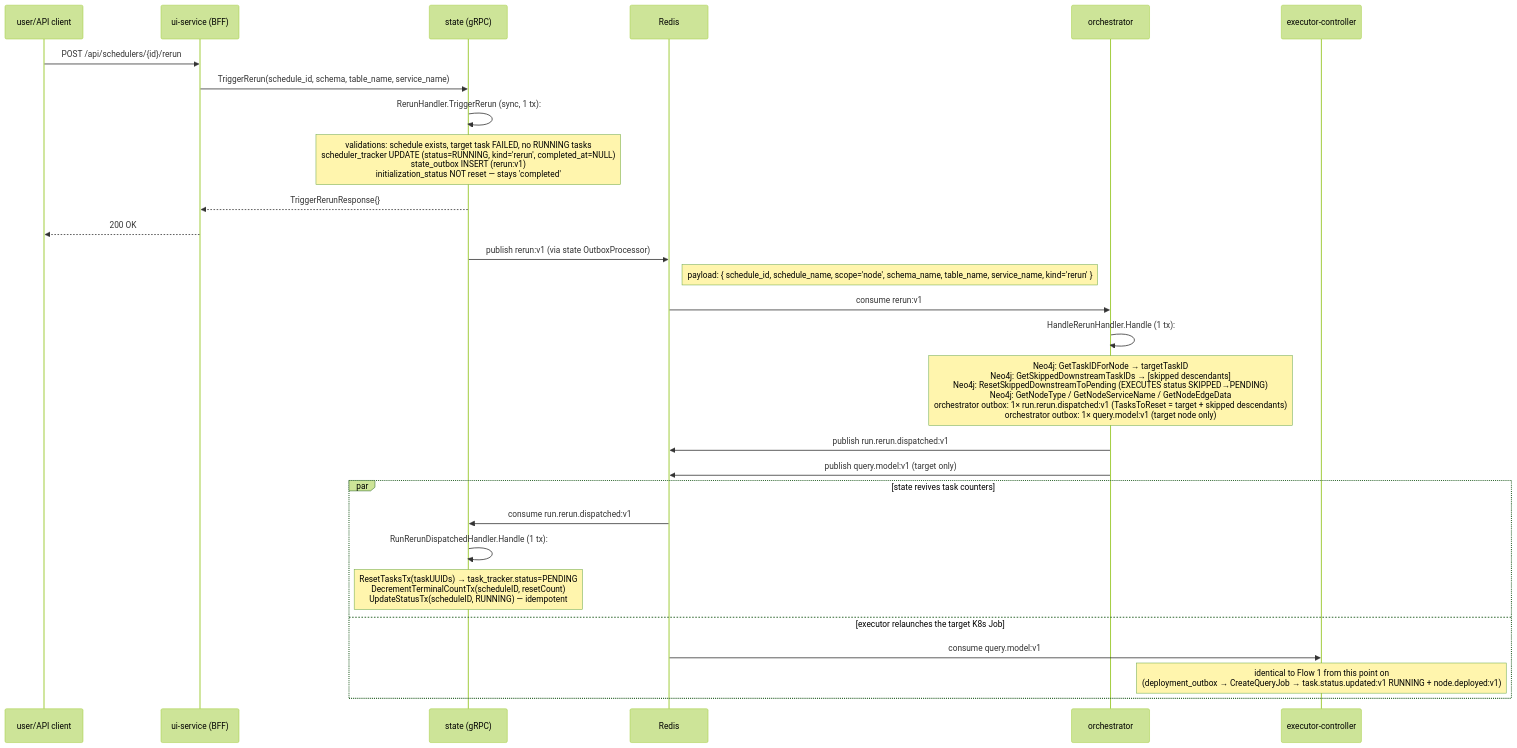
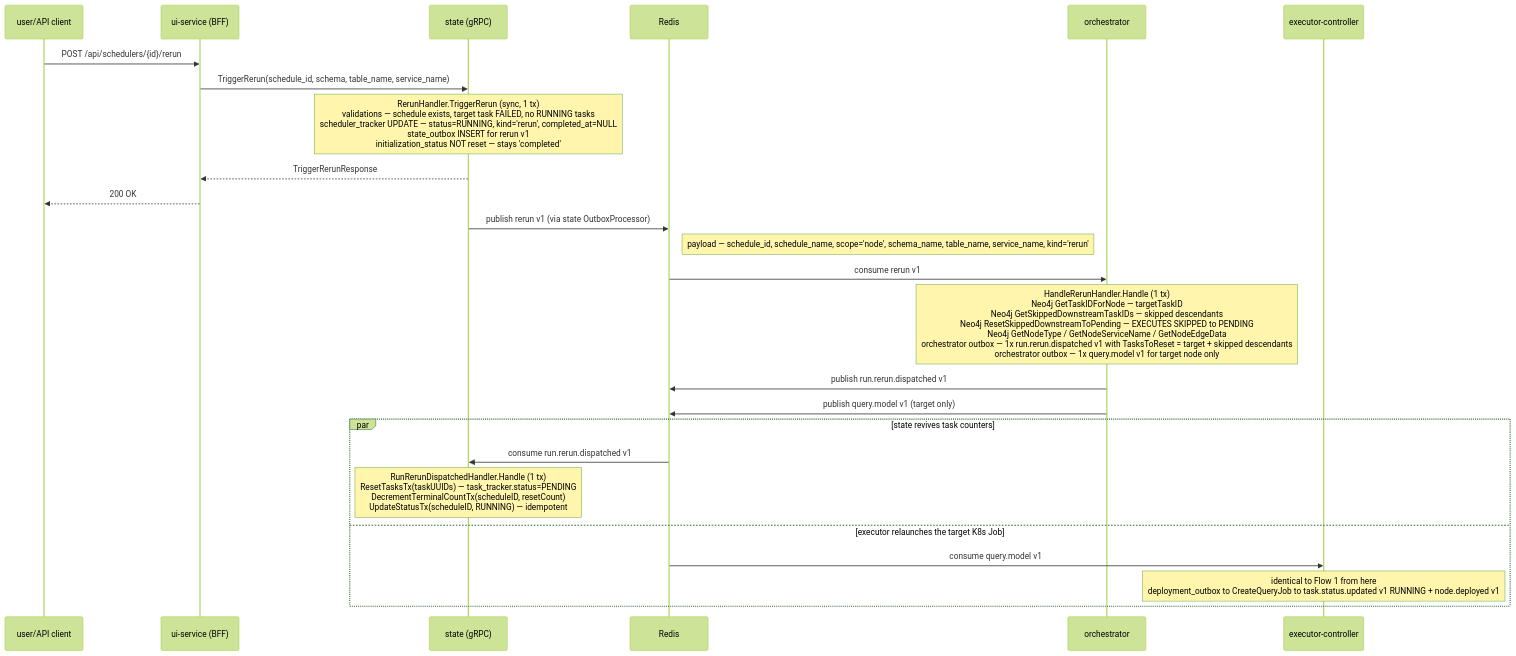
The fourth of 8 diagrams in docs/arch/03-sequence-flows.md (carolsimone/continuo), drawn with Mermaid (forest theme) before and after one commit. The commit also changed other lines of this file, not shown here.

````diff
--- a/docs/arch/03-sequence-flows.md
+++ b/docs/arch/03-sequence-flows.md
@@ -124,33 +122,30 @@
 ```mermaid
 sequenceDiagram
   participant U as user/API client
   participant UI as ui-service (BFF)
   participant ST as state (gRPC)
   participant R as Redis
   participant OR as orchestrator
   participant EC as executor-controller
 
   U->>UI: POST /api/schedulers/{id}/rerun
   UI->>ST: TriggerRerun(schedule_id, schema, table_name, service_name)
-  ST->>ST: RerunHandler.TriggerRerun (sync, 1 tx):
-  Note over ST: validations: schedule exists, target task FAILED, no RUNNING tasks<br/>scheduler_tracker UPDATE (status=RUNNING, kind='rerun', completed_at=NULL)<br/>state_outbox INSERT (rerun:v1)<br/>initialization_status NOT reset — stays 'completed'
-  ST-->>UI: TriggerRerunResponse{}
+  Note over ST: RerunHandler.TriggerRerun (sync, 1 tx)<br/>validations — schedule exists, target task FAILED, no RUNNING tasks<br/>scheduler_tracker UPDATE — status=RUNNING, kind='rerun', completed_at=NULL<br/>state_outbox INSERT for rerun v1<br/>initialization_status NOT reset — stays 'completed'
+  ST-->>UI: TriggerRerunResponse
   UI-->>U: 200 OK
-  ST->>R: publish rerun:v1 (via state OutboxProcessor)
-  note right of R: payload: { schedule_id, schedule_name, scope='node', schema_name, table_name, service_name, kind='rerun' }
+  ST->>R: publish rerun v1 (via state OutboxProcessor)
+  Note right of R: payload — schedule_id, schedule_name, scope='node', schema_name, table_name, service_name, kind='rerun'
 
-  R->>OR: consume rerun:v1
-  OR->>OR: HandleRerunHandler.Handle (1 tx):
-  Note over OR: Neo4j: GetTaskIDForNode → targetTaskID<br/>Neo4j: GetSkippedDownstreamTaskIDs → [skipped descendants]<br/>Neo4j: ResetSkippedDownstreamToPending (EXECUTES status SKIPPED→PENDING)<br/>Neo4j: GetNodeType / GetNodeServiceName / GetNodeEdgeData<br/>orchestrator outbox: 1× run.rerun.dispatched:v1 (TasksToReset = target + skipped descendants)<br/>orchestrator outbox: 1× query.model:v1 (target node only)
-  OR->>R: publish run.rerun.dispatched:v1
-  OR->>R: publish query.model:v1 (target only)
+  R->>OR: consume rerun v1
+  Note over OR: HandleRerunHandler.Handle (1 tx)<br/>Neo4j GetTaskIDForNode — targetTaskID<br/>Neo4j GetSkippedDownstreamTaskIDs — skipped descendants<br/>Neo4j ResetSkippedDownstreamToPending — EXECUTES SKIPPED to PENDING<br/>Neo4j GetNodeType / GetNodeServiceName / GetNodeEdgeData<br/>orchestrator outbox — 1x run.rerun.dispatched v1 with TasksToReset = target + skipped descendants<br/>orchestrator outbox — 1x query.model v1 for target node only
+  OR->>R: publish run.rerun.dispatched v1
+  OR->>R: publish query.model v1 (target only)
 
   par state revives task counters
-    R->>ST: consume run.rerun.dispatched:v1
-    ST->>ST: RunRerunDispatchedHandler.Handle (1 tx):
-    Note over ST: ResetTasksTx(taskUUIDs) → task_tracker.status=PENDING<br/>DecrementTerminalCountTx(scheduleID, resetCount)<br/>UpdateStatusTx(scheduleID, RUNNING) — idempotent
+    R->>ST: consume run.rerun.dispatched v1
+    Note over ST: RunRerunDispatchedHandler.Handle (1 tx)<br/>ResetTasksTx(taskUUIDs) — task_tracker.status=PENDING<br/>DecrementTerminalCountTx(scheduleID, resetCount)<br/>UpdateStatusTx(scheduleID, RUNNING) — idempotent
   and executor relaunches the target K8s Job
-    R->>EC: consume query.model:v1
-    Note over EC: identical to Flow 1 from this point on<br/>(deployment_outbox → CreateQueryJob → task.status.updated:v1 RUNNING + node.deployed:v1)
+    R->>EC: consume query.model v1
+    Note over EC: identical to Flow 1 from here<br/>deployment_outbox to CreateQueryJob to task.status.updated v1 RUNNING + node.deployed v1
   end
 ```
````
